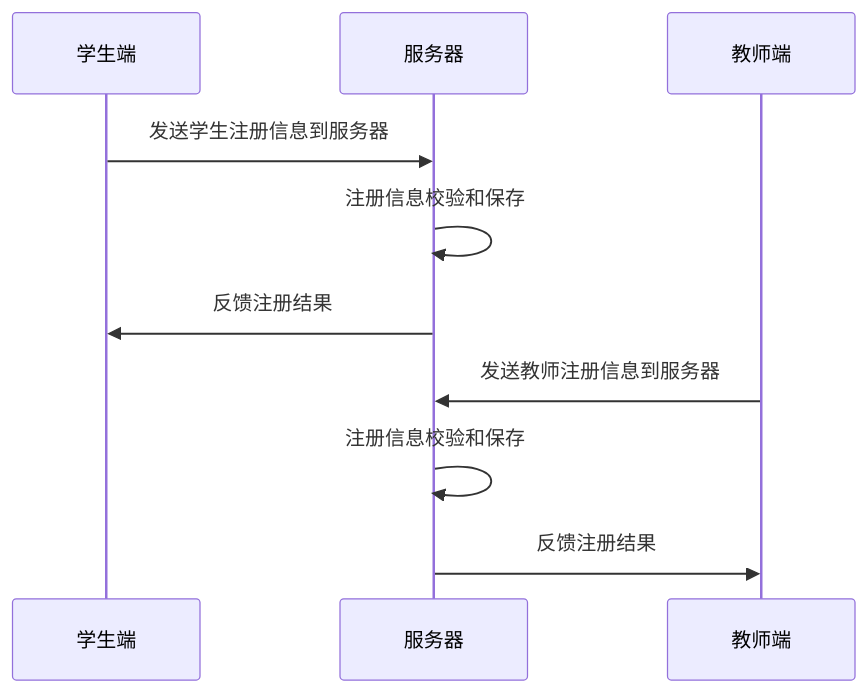
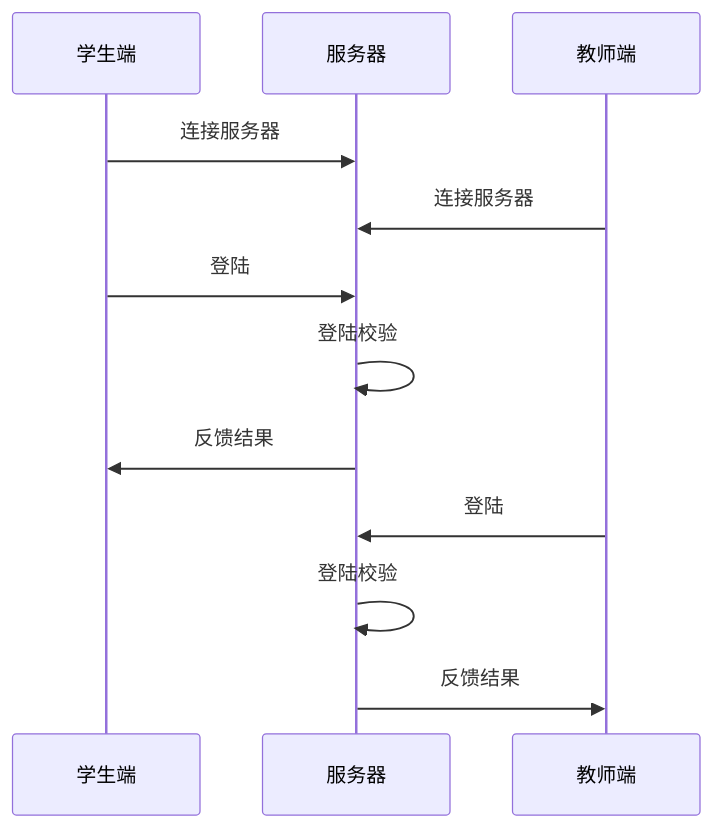
The first of 6 diagrams in README.md (sunowsir/ClassFocusRecog), drawn with Mermaid before and after one commit. The commit also changed other lines of this file and 15 other files, not shown here.

````diff
--- a/README.md
+++ b/README.md
@@ -29,13 +29,16 @@
 ```mermaid
 sequenceDiagram 
 
-    学生端 ->> 服务器: 发送学生注册信息到服务器
-    服务器 ->> 服务器: 注册信息校验和保存
-    服务器 ->> 学生端: 反馈注册结果
+    学生端 ->> 服务器: 连接服务器
+    教师端 ->> 服务器: 连接服务器
 
-    教师端 ->> 服务器: 发送教师注册信息到服务器
-    服务器 ->> 服务器: 注册信息校验和保存
-    服务器 ->> 教师端: 反馈注册结果
+    学生端 ->> 服务器: 登陆
+    服务器 ->> 服务器: 登陆校验
+    服务器 ->> 学生端: 反馈结果
+
+    教师端 ->> 服务器: 登陆
+    服务器 ->> 服务器: 登陆校验
+    服务器 ->> 教师端: 反馈结果
     
 
 ```
````
